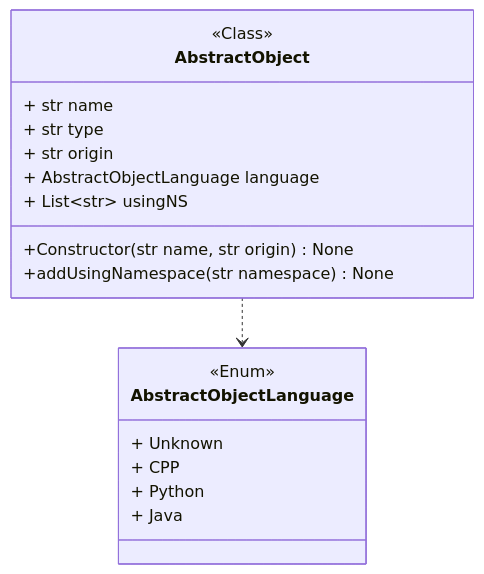
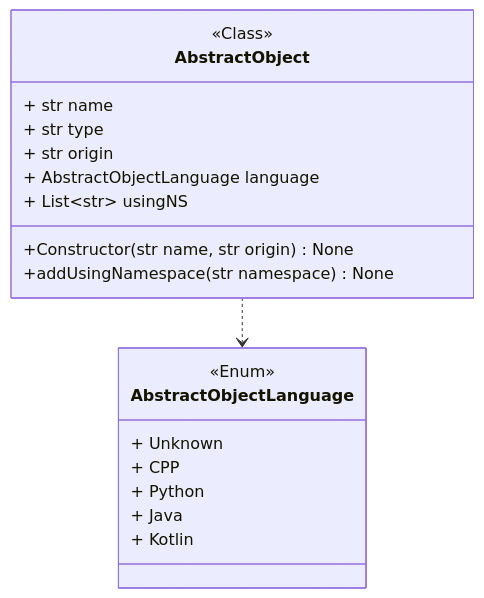
One commit to miong/pycodeanalyzer changed the diagram in docs/source/code/diagrams/pycodeanalyzer_core_abstraction_objects_AbstractObject.mmd. Above: the diagram before and after it, drawn with Mermaid. The commit also changed 13 other files, not shown here.

```diff
--- a/docs/source/code/diagrams/pycodeanalyzer_core_abstraction_objects_AbstractObject.mmd
+++ b/docs/source/code/diagrams/pycodeanalyzer_core_abstraction_objects_AbstractObject.mmd
@@ -1,20 +1,21 @@
 classDiagram
 class AbstractObject {
 <<Class>>
 + str name
 + str type
 + str origin
 + AbstractObjectLanguage language
 + List~str~ usingNS
 +Constructor(str name, str origin) None
 +addUsingNamespace(str namespace) None
 }
 class AbstractObjectLanguage {
 <<Enum>>
 + Unknown
 + CPP
 + Python
 + Java
++ Kotlin
 }
 link AbstractObjectLanguage "enum££pycodeanalyzer::core::abstraction::objects::AbstractObjectLanguage"
 AbstractObject ..> AbstractObjectLanguage
```
